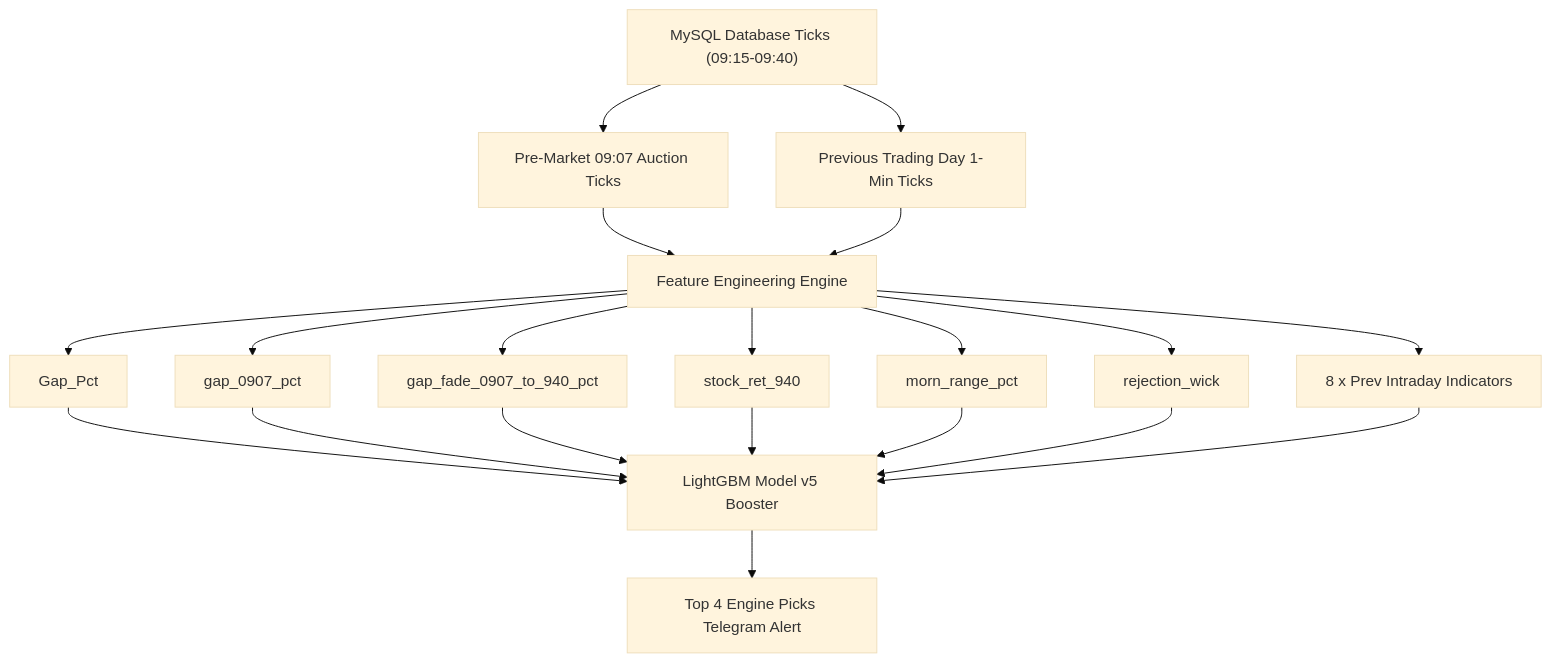
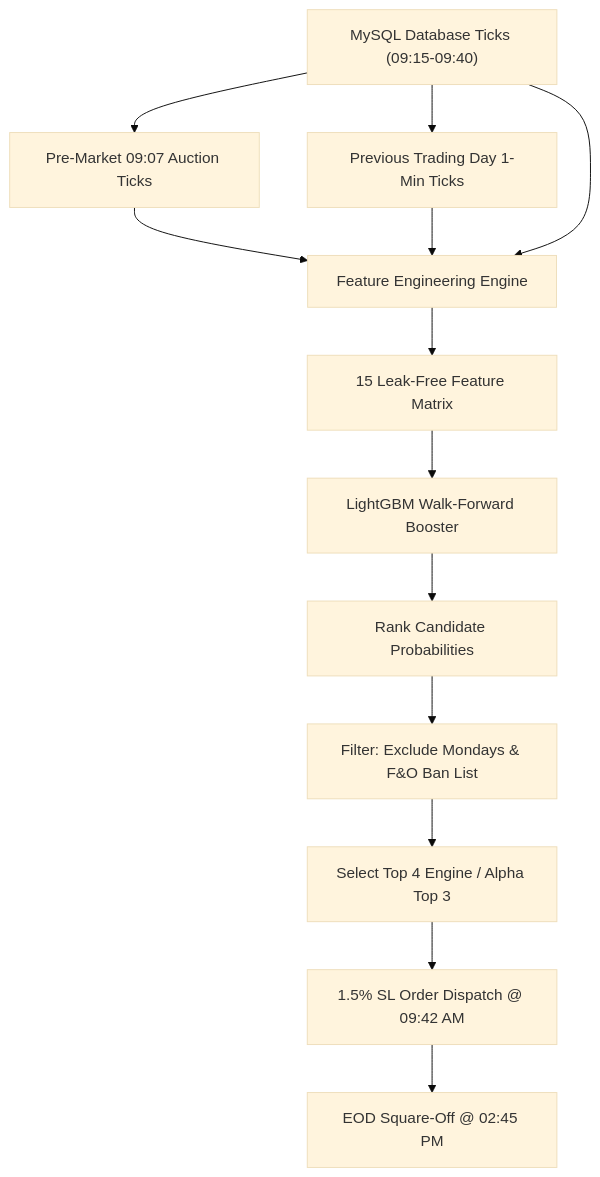
Before and after one commit to sarangsukumar/options-sniper: the diagram in v5_from_scratch/README.md, drawn with Mermaid (base theme). The commit also changed other lines of this file, not shown here.

Commit message:
Update v5_from_scratch README with 1.5% SL rules, grid search, and year-by-year performance matrix

````diff
--- a/v5_from_scratch/README.md
+++ b/v5_from_scratch/README.md
@@ -93,19 +117,18 @@
 ```mermaid
 graph TD
     A["MySQL Database Ticks (09:15-09:40)"] --> B["Pre-Market 09:07 Auction Ticks"]
     A --> C["Previous Trading Day 1-Min Ticks"]
     
     B --> D["Feature Engineering Engine"]
     C --> D
+    A --> D
     
-    D --> F1["Gap_Pct"]
-    D --> F2["gap_0907_pct"]
-    D --> F3["gap_fade_0907_to_940_pct"]
-    D --> F4["stock_ret_940"]
-    D --> F5["morn_range_pct"]
-    D --> F6["rejection_wick"]
-    D --> F7["8 x Prev Intraday Indicators"]
+    D --> E["15 Leak-Free Feature Matrix"]
+    E --> F["LightGBM Walk-Forward Booster"]
+    F --> G["Rank Candidate Probabilities"]
     
-    F1 & F2 & F3 & F4 & F5 & F6 & F7 --> E["LightGBM Model v5 Booster"]
-    E --> F["Top 4 Engine Picks Telegram Alert"]
+    G --> H["Filter: Exclude Mondays & F&O Ban List"]
+    H --> I["Select Top 4 Engine / Alpha Top 3"]
+    I --> J["1.5% SL Order Dispatch @ 09:42 AM"]
+    J --> K["EOD Square-Off @ 02:45 PM"]
 ```
````
